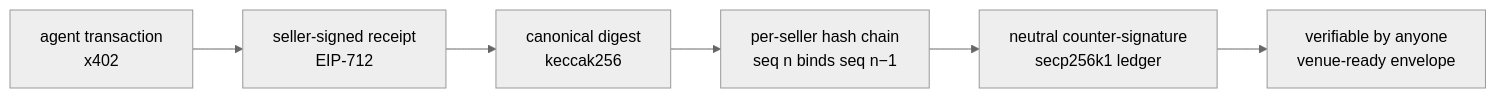
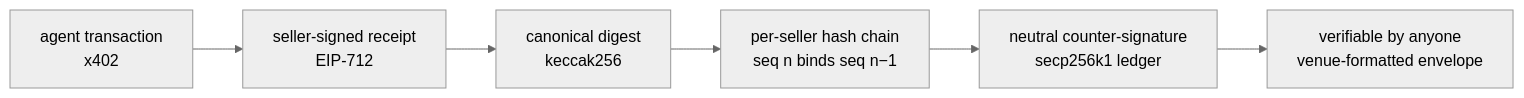
One commit to tersignhq/tersign-js changed the diagram in README.md. Above: the diagram before and after it, drawn with Mermaid (neutral theme). The commit also changed other lines of this file and 10 other files, not shown here.

````diff
--- a/README.md
+++ b/README.md
@@ -61,8 +61,8 @@
 ```mermaid
 graph LR
     A["agent transaction<br/>x402"] --> B["seller-signed receipt<br/>EIP-712"]
     B --> C["canonical digest<br/>keccak256"]
     C --> D["per-seller hash chain<br/>seq n binds seq n−1"]
     D --> E["neutral counter-signature<br/>secp256k1 ledger"]
-    E --> F["verifiable by anyone<br/>venue-ready envelope"]
+    E --> F["verifiable by anyone<br/>venue-formatted envelope"]
 ```
````
